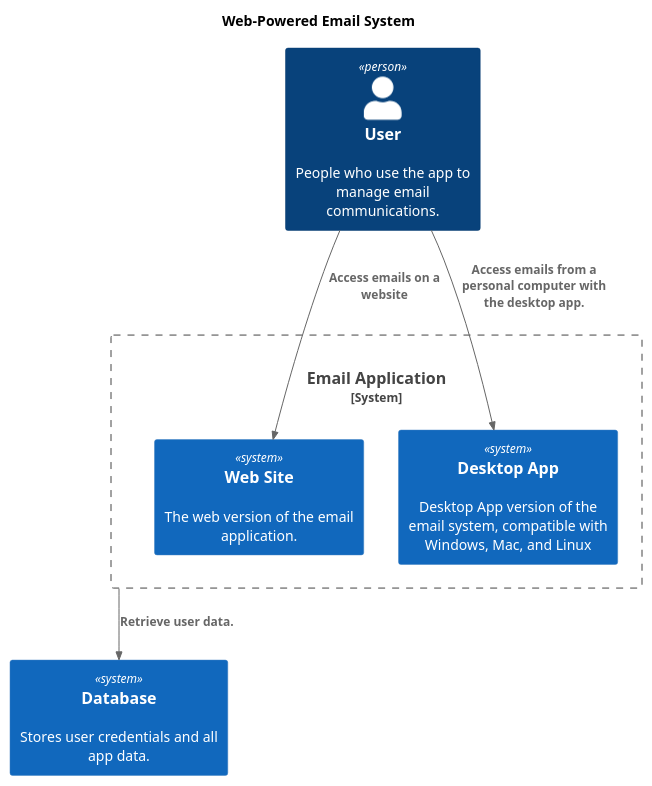
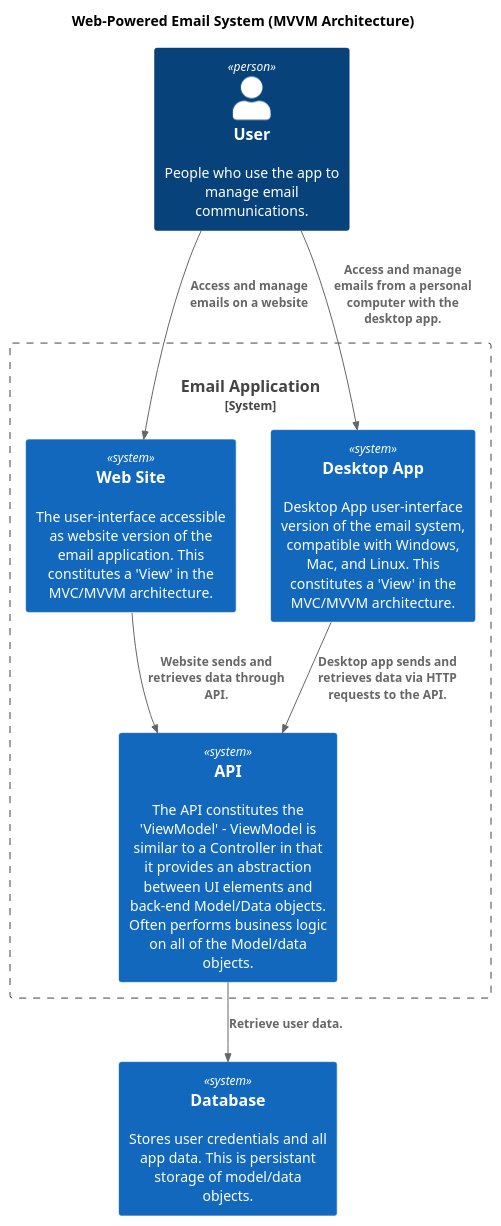
The diagram in C4Diagrams/L2 Diagram.puml (rhanzlick/SA_A7), drawn with PlantUML before and after one commit. The commit also changed 1 other file, not shown here.

```diff
--- a/C4Diagrams/L2 Diagram.puml
+++ b/C4Diagrams/L2 Diagram.puml
@@ -1,23 +1,26 @@
 @startuml C4_Elements
 
 
 !include  https://raw.githubusercontent.com/plantuml-stdlib/C4-PlantUML/master/C4_Container.puml
 !include  https://raw.githubusercontent.com/plantuml-stdlib/C4-PlantUML/master/C4_Component.puml
 
-title Web-Powered Email System
+title Web-Powered Email System (MVVM Architecture)
 
 Person(user, "User", "People who use the app to manage email communications.")
 
 
-System_Boundary(emailApp, "Email Application", "An application for managing personal emails in the style of Microsoft Outlook."){
-    System(webApp, "Web Site", "The web version of the email application.")
-    System(desktopApp, "Desktop App", "Desktop App version of the email system, compatible with Windows, Mac, and Linux")
+System_Boundary(emailApp, "Email Application", "A application for managing personal emails in the style of Microsoft Outlook."){
+    System(webApp, "Web Site", "The user-interface accessible as website version of the email application. This constitutes a 'View' in the MVC/MVVM architecture.")
+    System(desktopApp, "Desktop App", "Desktop App user-interface version of the email system, compatible with Windows, Mac, and Linux. This constitutes a 'View' in the MVC/MVVM architecture.")
+    System(webAPI, "API", "The API constitutes the 'ViewModel' - ViewModel is similar to a Controller in that it provides an abstraction between UI elements and back-end Model/Data objects. Often performs business logic on all of the Model/data objects.")
 }
 
-System(database, "Database", "Stores user credentials and all app data.")
+System(database, "Database", "Stores user credentials and all app data. This is persistant storage of model/data objects.")
 
-Rel(user, webApp, "Access emails on a website")
-Rel(user, desktopApp, "Access emails from a personal computer with the desktop app.")
-Rel(emailApp, database, "Retrieve user data.")
+Rel(user, webApp, "Access and manage emails on a website")
+Rel(user, desktopApp, "Access and manage emails from a personal computer with the desktop app.")
+Rel(webApp, webAPI, "Website sends and retrieves data through API.")
+Rel(desktopApp, webAPI, "Desktop app sends and retrieves data via HTTP requests to the API.")
+Rel(webAPI, database, "Retrieve user data.")
 
 @enduml
```
